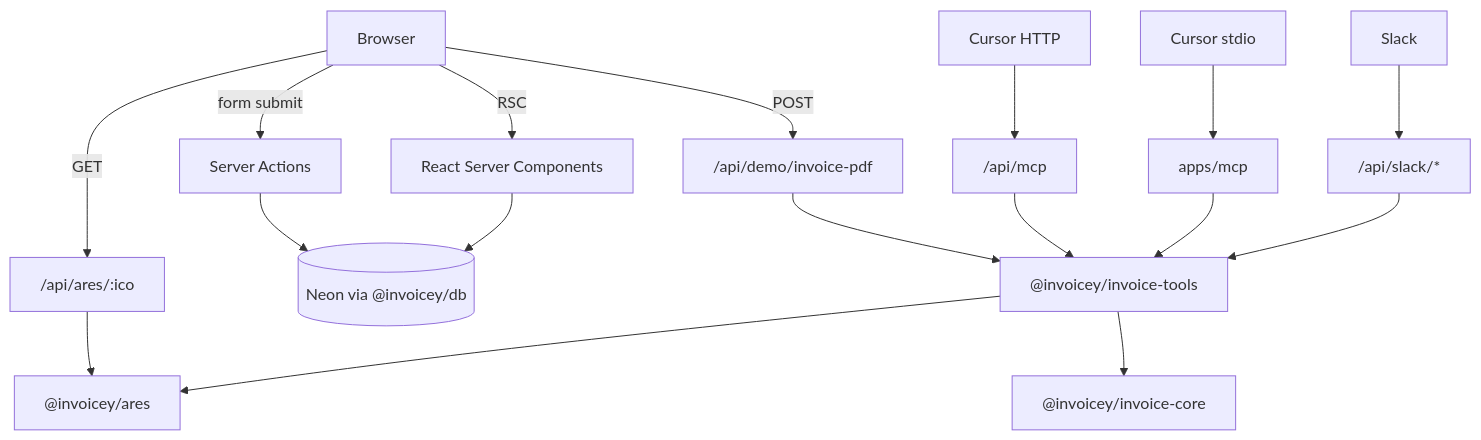
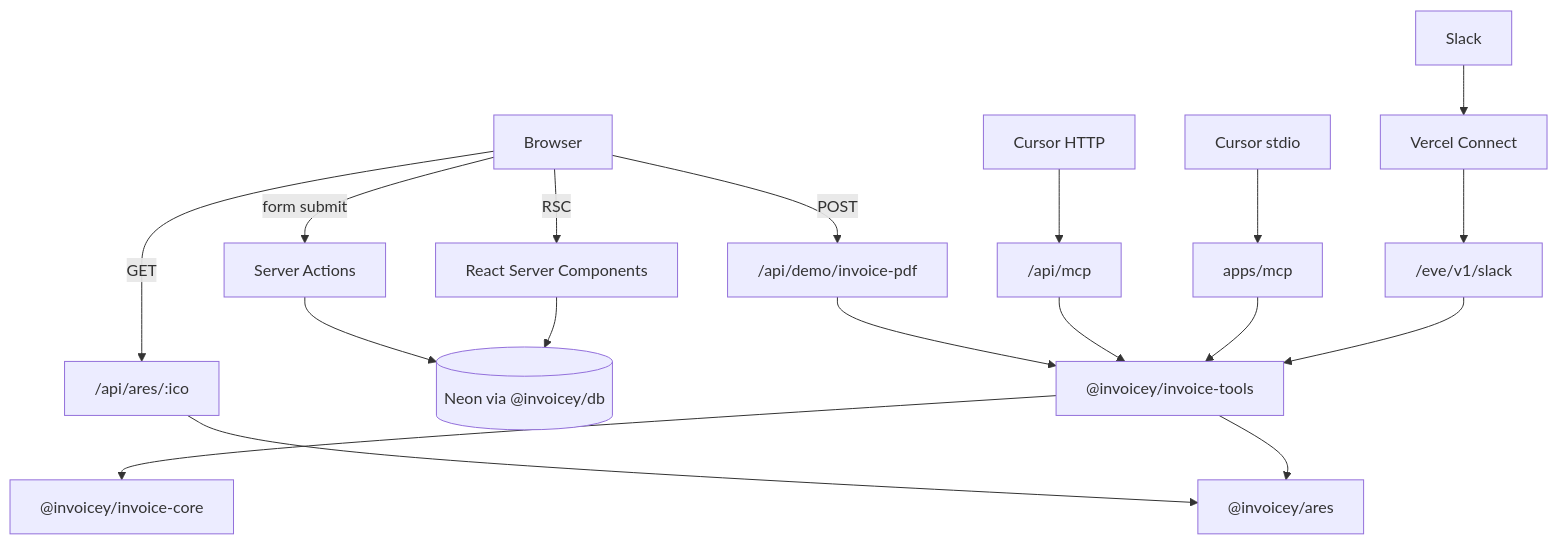
Before and after one commit to filipditrich/inveoiceyai: the first of 4 diagrams in docs/architecture.md, drawn with Mermaid. The commit also changed other lines of this file and 48 other files, not shown here.

First line of the commit message:
feat(web): ship Eve Slack agent with Neon invoice ops

````diff
--- a/docs/architecture.md
+++ b/docs/architecture.md
@@ -68,20 +67,21 @@
 ```mermaid
 flowchart TD
     Browser["Browser"] -->|RSC| RSC["React Server Components"]
     Browser -->|form submit| SA["Server Actions"]
     Browser -->|GET| RH_ARES["/api/ares/:ico"]
     Browser -->|POST| RH_Demo["/api/demo/invoice-pdf"]
     CursorLocal["Cursor stdio"] --> McpApp["apps/mcp"]
     CursorRemote["Cursor HTTP"] --> RH_Mcp["/api/mcp"]
-    SlackAPI["Slack"] --> RH_Slack["/api/slack/*"]
+    SlackAPI["Slack"] --> Connect["Vercel Connect"]
+    Connect --> Eve["/eve/v1/slack"]
 
     SA --> DB[("Neon via @invoicey/db")]
     RSC --> DB
     RH_ARES --> Ares["@invoicey/ares"]
     RH_Demo --> Tools["@invoicey/invoice-tools"]
     RH_Mcp --> Tools
     McpApp --> Tools
-    RH_Slack --> Tools
+    Eve --> Tools
     Tools --> Core["@invoicey/invoice-core"]
     Tools --> Ares
 ```
````
